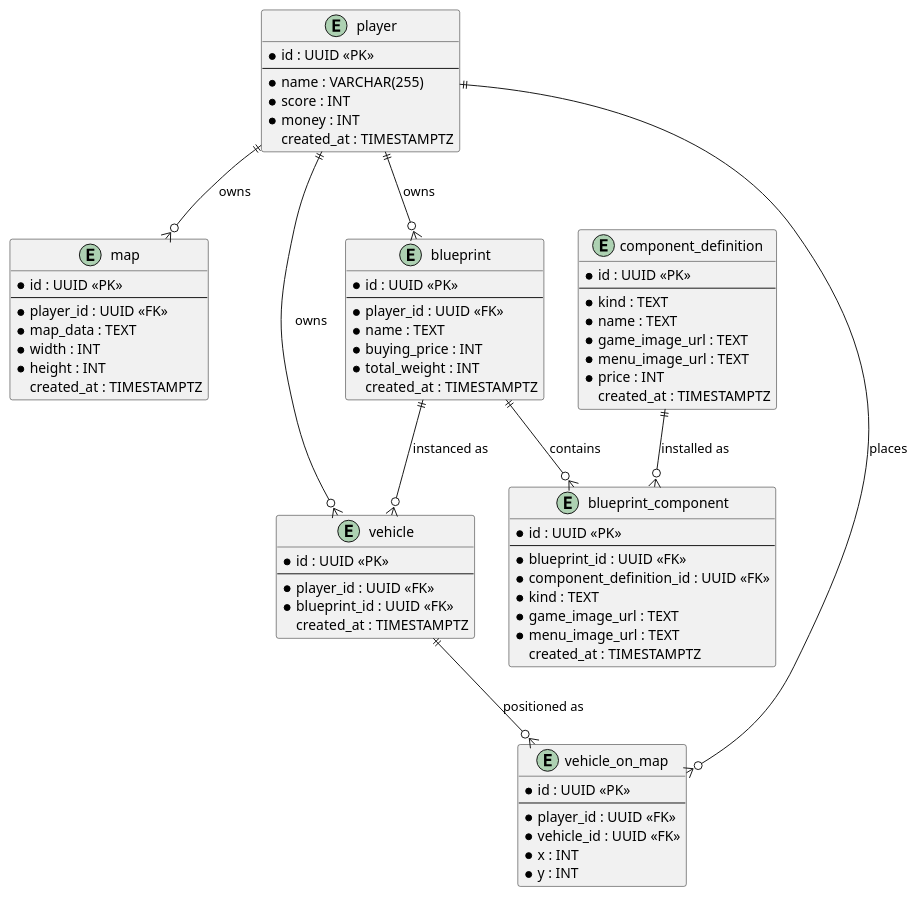
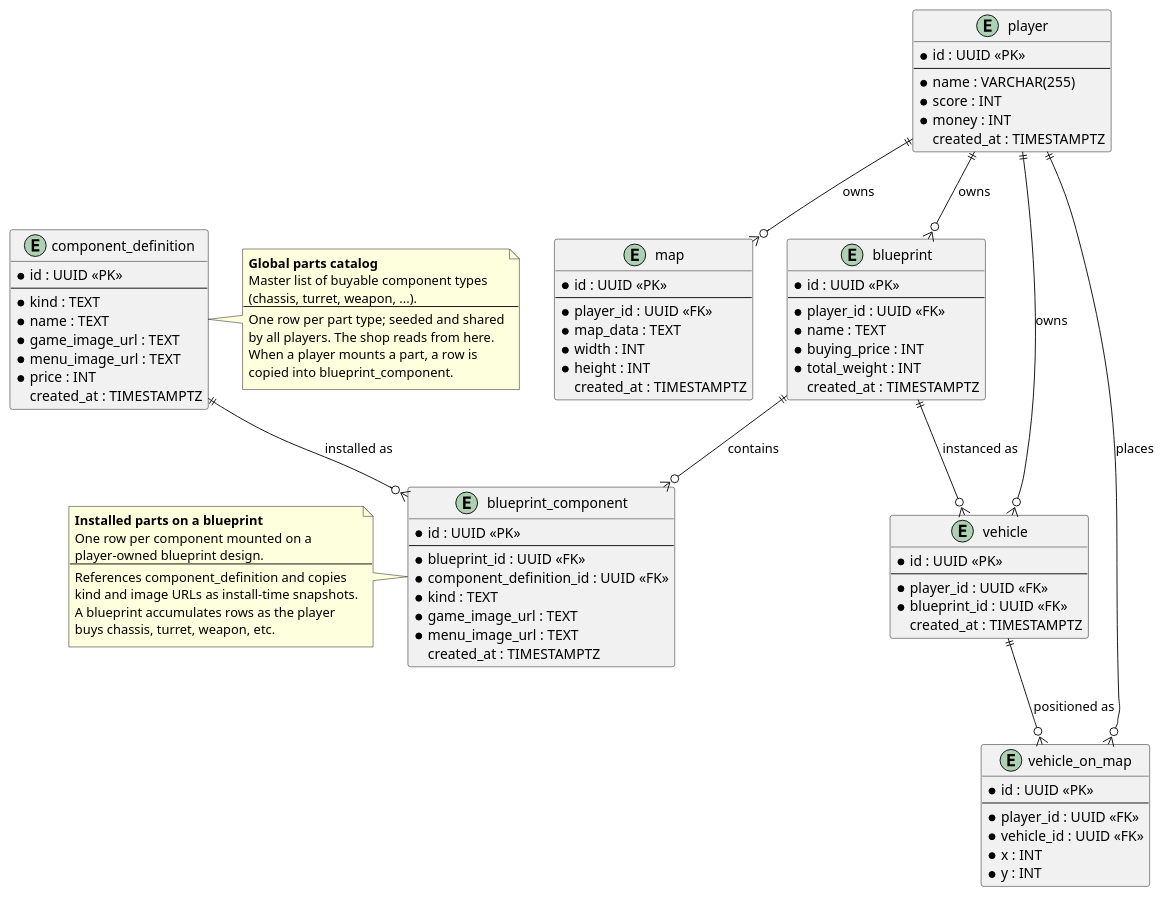
The diagram in doc/arc42/08_crosscutting_concepts/08_01_database_layout.md (anhoppe/tank-wars), drawn with PlantUML before and after one commit. The commit also changed other lines of this file and 7 other files, not shown here.

````diff
--- a/doc/arc42/08_crosscutting_concepts/08_01_database_layout.md
+++ b/doc/arc42/08_crosscutting_concepts/08_01_database_layout.md
@@ -96,5 +96,27 @@
 vehicle ||--o{ vehicle_on_map : "positioned as"
 component_definition ||--o{ blueprint_component : "installed as"
 
+note right of component_definition
+  **Global parts catalog**
+  Master list of buyable component types
+  (chassis, turret, weapon, ...).
+  --
+  One row per part type; seeded and shared
+  by all players. The shop reads from here.
+  When a player mounts a part, a row is
+  copied into blueprint_component.
+end note
+
+note left of blueprint_component
+  **Installed parts on a blueprint**
+  One row per component mounted on a
+  player-owned blueprint design.
+  --
+  References component_definition and copies
+  kind and image URLs as install-time snapshots.
+  A blueprint accumulates rows as the player
+  buys chassis, turret, weapon, etc.
+end note
+
 @enduml
 ```
````
